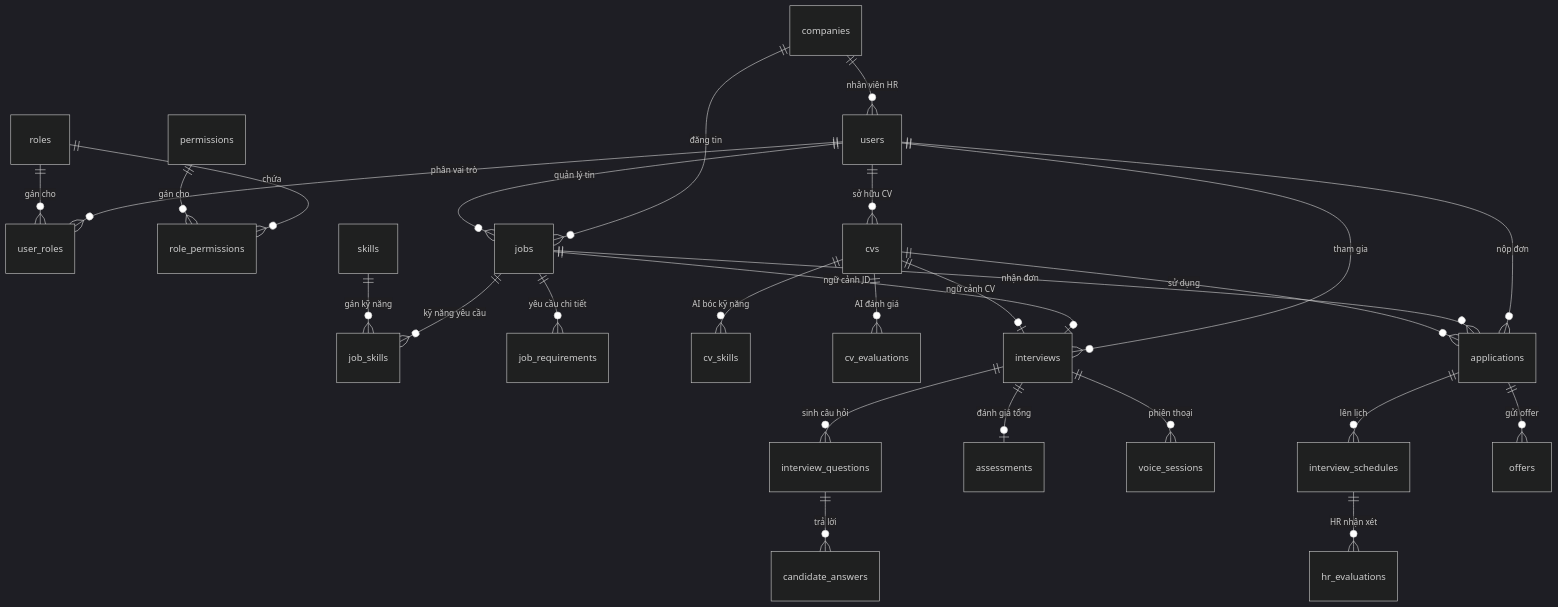
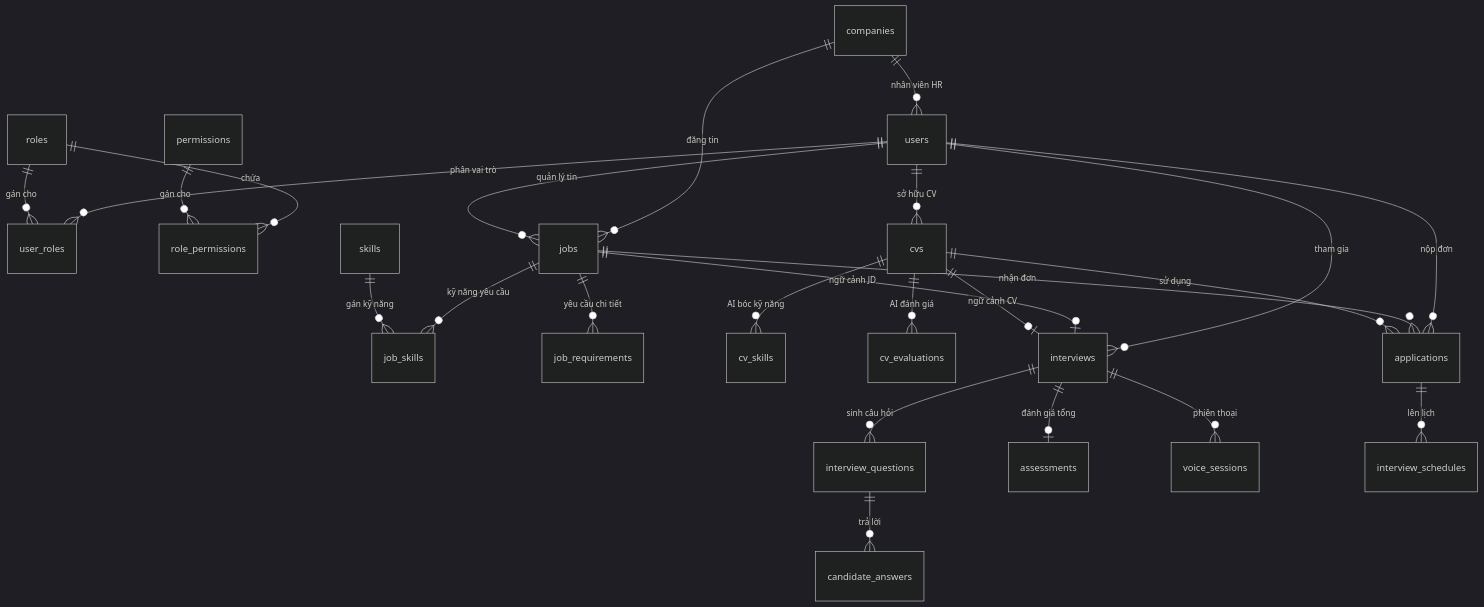
One commit to nhaphuong22/MockAI-Interview changed the diagram in DATABASE_EXPLANATION.md. Above: the diagram before and after it, drawn with Mermaid (dark theme). The commit also changed other lines of this file and 15 other files, not shown here.

````diff
--- a/DATABASE_EXPLANATION.md
+++ b/DATABASE_EXPLANATION.md
@@ -11,35 +11,34 @@
 ```mermaid
 erDiagram
     users ||--o{ user_roles : "phân vai trò"
     roles ||--o{ user_roles : "gán cho"
     roles ||--o{ role_permissions : "chứa"
     permissions ||--o{ role_permissions : "gán cho"
     
     companies ||--o{ users : "nhân viên HR"
     companies ||--o{ jobs : "đăng tin"
     users ||--o{ jobs : "quản lý tin"
     
     jobs ||--o{ job_skills : "kỹ năng yêu cầu"
     skills ||--o{ job_skills : "gán kỹ năng"
     jobs ||--o{ job_requirements : "yêu cầu chi tiết"
     
     users ||--o{ cvs : "sở hữu CV"
     cvs ||--o{ cv_skills : "AI bóc kỹ năng"
     cvs ||--o{ cv_evaluations : "AI đánh giá"
     
     users ||--o{ interviews : "tham gia"
     jobs ||--o| interviews : "ngữ cảnh JD"
     cvs ||--o| interviews : "ngữ cảnh CV"
     interviews ||--o{ interview_questions : "sinh câu hỏi"
     interview_questions ||--o{ candidate_answers : "trả lời"
     interviews ||--o| assessments : "đánh giá tổng"
     interviews ||--o{ voice_sessions : "phiên thoại"
     
     users ||--o{ applications : "nộp đơn"
     jobs ||--o{ applications : "nhận đơn"
     cvs ||--o{ applications : "sử dụng"
     
     applications ||--o{ interview_schedules : "lên lịch"
-    interview_schedules ||--o{ hr_evaluations : "HR nhận xét"
-    applications ||--o{ offers : "gửi offer"
+
 ```
````
